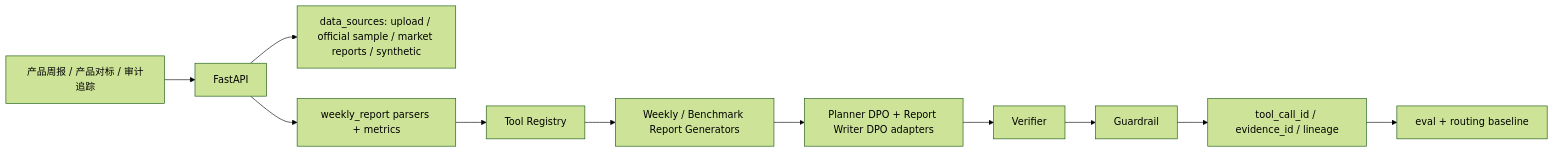
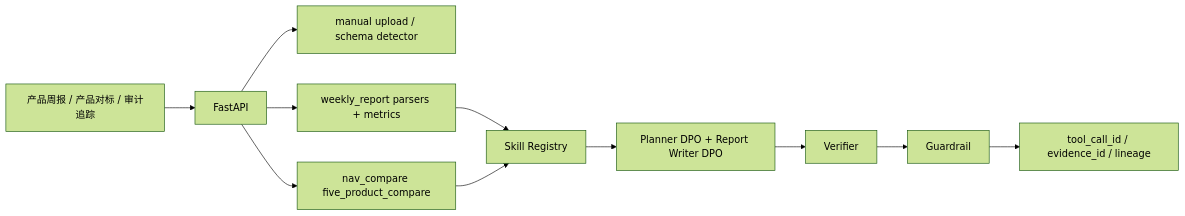
One commit to cxy-peter/Wealth-management-Agent changed the diagram in README.md. Above: the diagram before and after it, drawn with Mermaid (forest theme). The commit also changed other lines of this file and 242 other files, not shown here.

````diff
--- a/README.md
+++ b/README.md
@@ -74,13 +63,13 @@
 ```mermaid
 flowchart LR
   UI["产品周报 / 产品对标 / 审计追踪"] --> API["FastAPI"]
-  API --> DS["data_sources: upload / official sample / market reports / synthetic"]
+  API --> Upload["manual upload / schema detector"]
   API --> Weekly["weekly_report parsers + metrics"]
-  Weekly --> Tools["Tool Registry"]
-  Tools --> Reports["Weekly / Benchmark Report Generators"]
-  Reports --> DPO["Planner DPO + Report Writer DPO adapters"]
+  API --> Compare["nav_compare five_product_compare"]
+  Weekly --> Skills["Skill Registry"]
+  Compare --> Skills
+  Skills --> DPO["Planner DPO + Report Writer DPO"]
   DPO --> Verifier["Verifier"]
   Verifier --> Guardrail["Guardrail"]
   Guardrail --> Trace["tool_call_id / evidence_id / lineage"]
-  Trace --> Eval["eval + routing baseline"]
 ```
````
